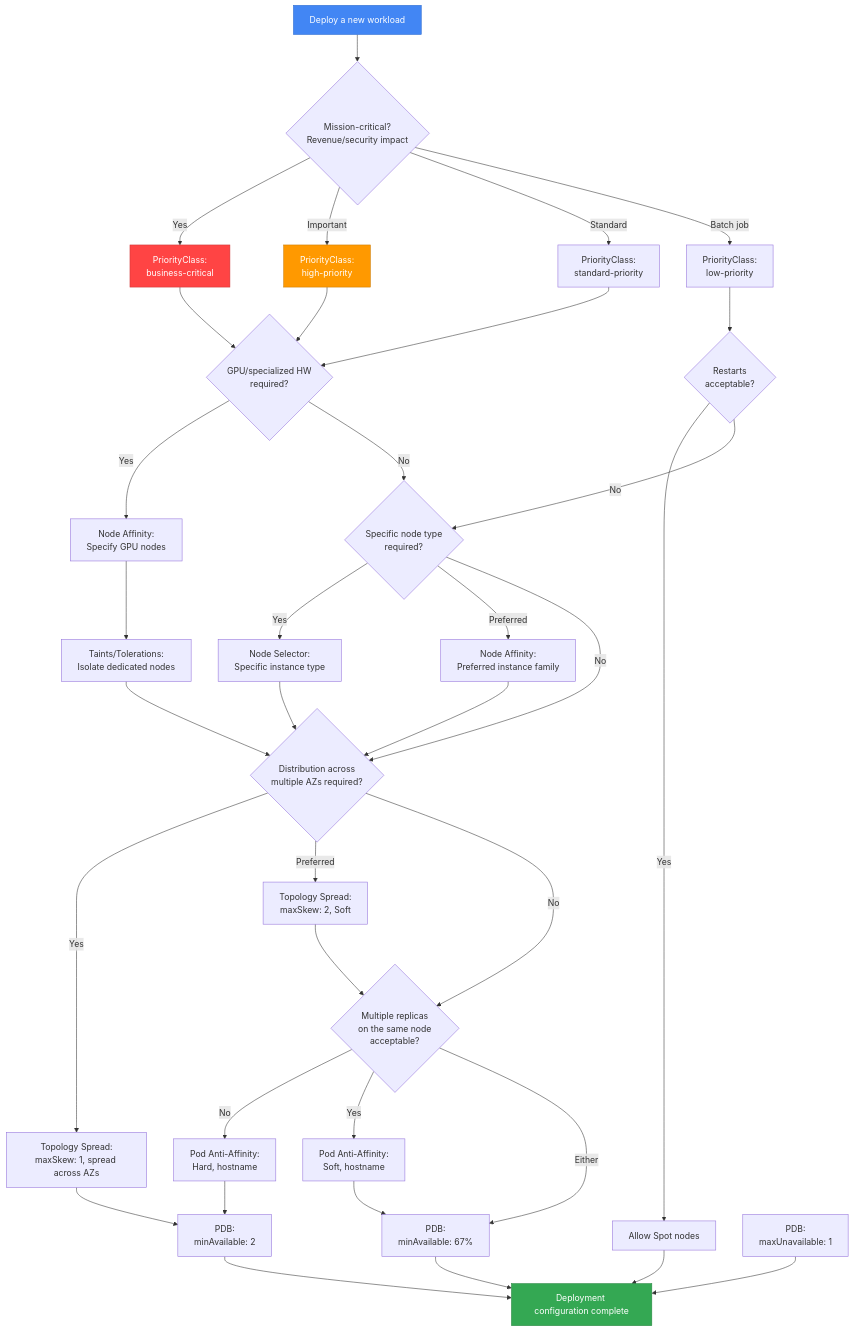
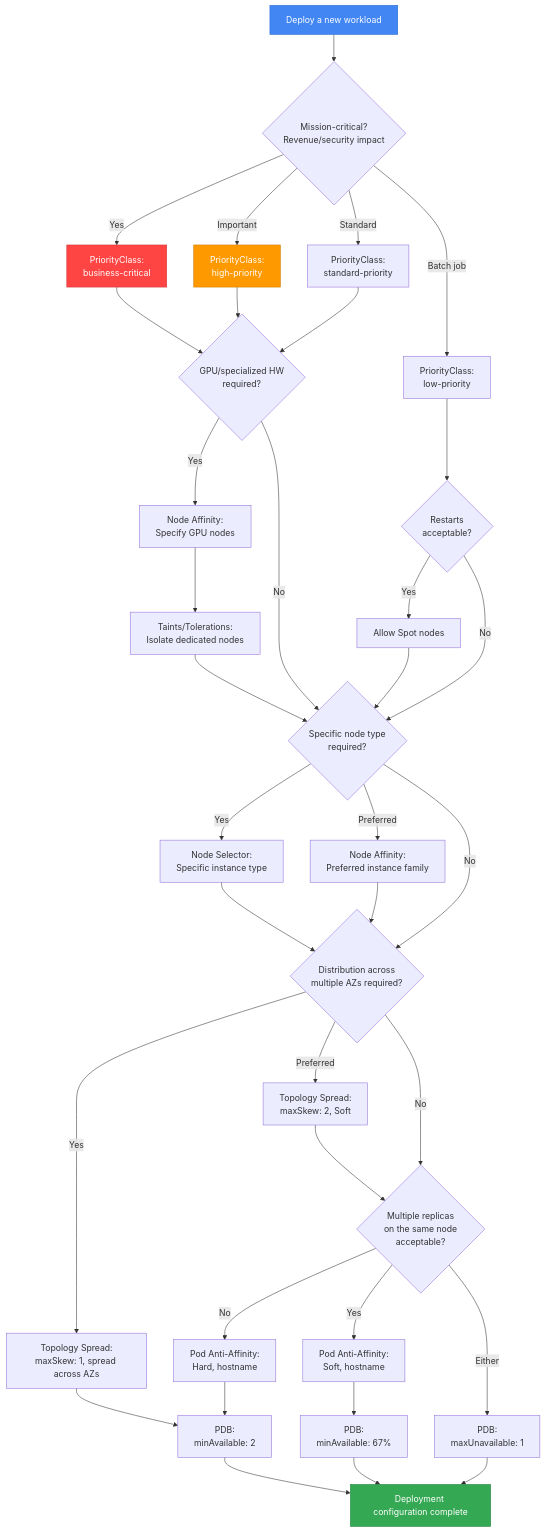
Before and after one commit to devfloor9/engineering-playbook: the sixth of 12 diagrams in i18n/en/docusaurus-plugin-content-docs/current/eks-best-practices/operations-reliability/eks-pod-scheduling-availability.md, drawn with Mermaid. The commit also changed other lines of this file and 1 other file, not shown here.

```diff
--- a/i18n/en/docusaurus-plugin-content-docs/current/eks-best-practices/operations-reliability/eks-pod-scheduling-availability.md
+++ b/i18n/en/docusaurus-plugin-content-docs/current/eks-best-practices/operations-reliability/eks-pod-scheduling-availability.md
@@ -3865,8 +4011,8 @@
     Q3 -->|No| Q6
 
     B1 --> B2
-    B2 --> Q4
-    B3 --> FINAL
+    B2 --> Q6
+    B3 --> Q6
 
     Q6 -->|Yes| F1
     Q6 -->|Preferred| F2
@@ -3883,7 +4029,7 @@
 
     Q5 -->|No| D1
     Q5 -->|Yes| D2
-    Q5 -->|Either| E2
+    Q5 -->|Either| E3
 
     D1 --> E1
     D2 --> E2
```
